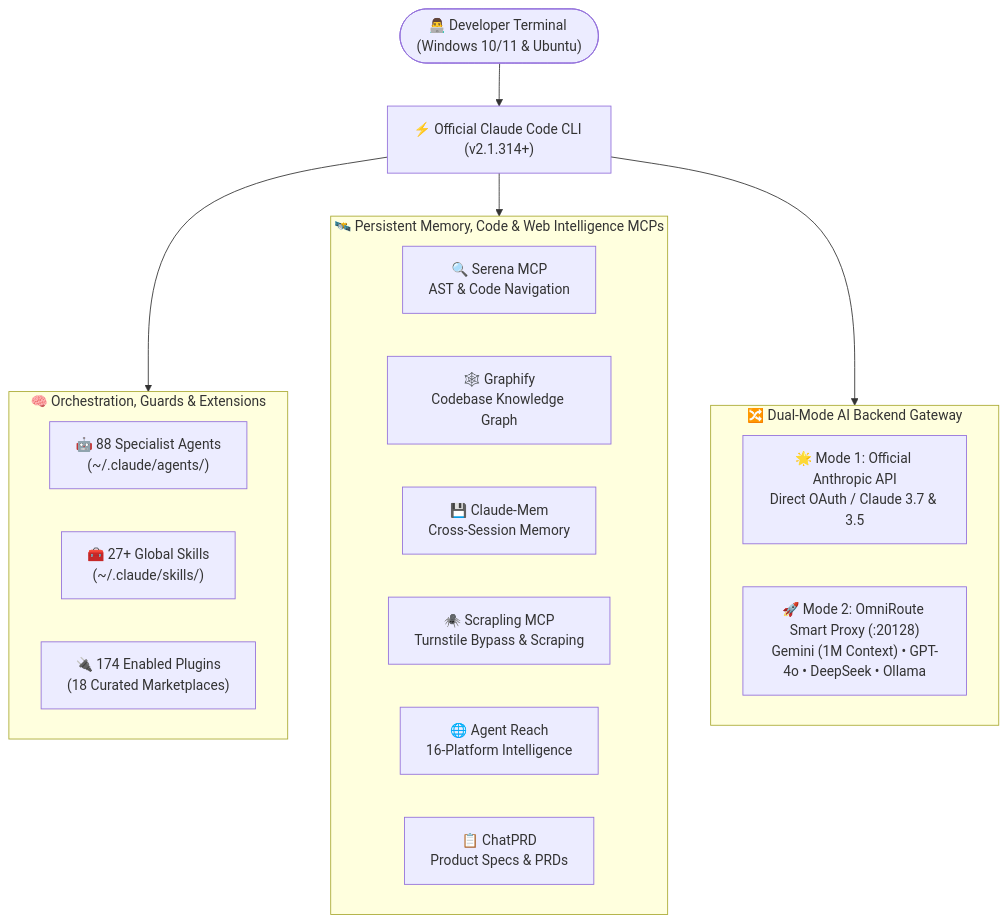
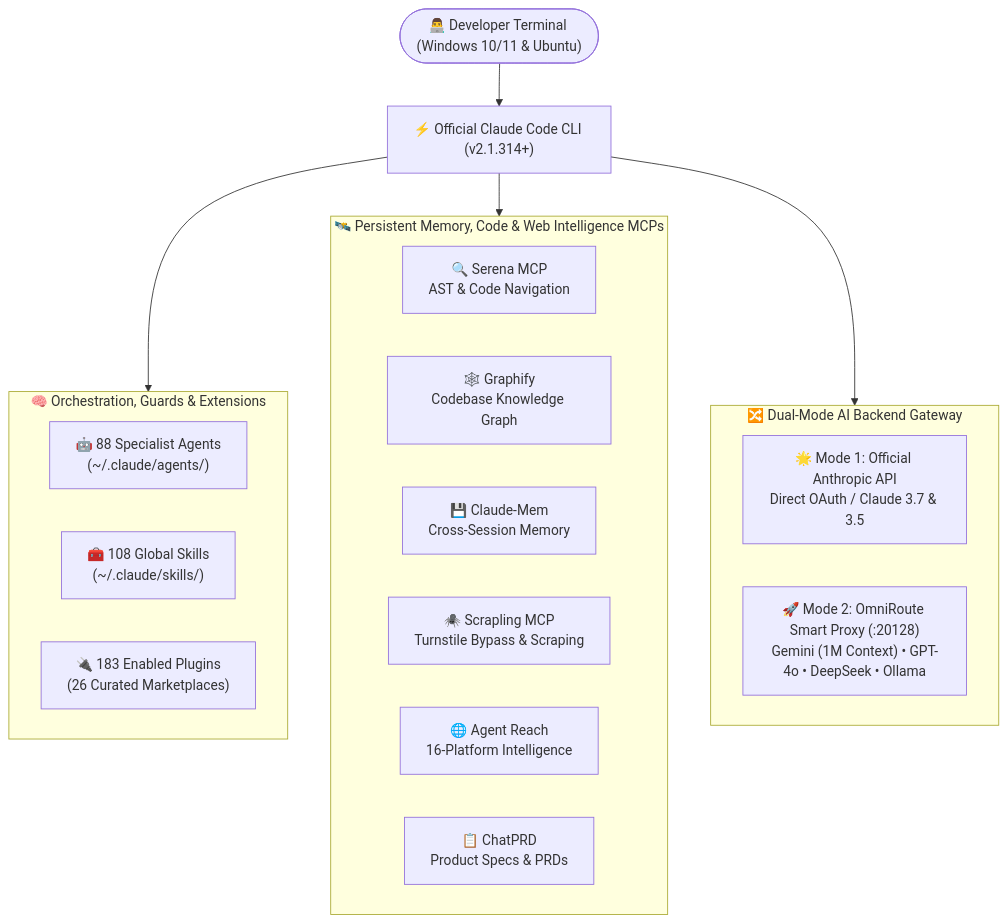
One commit to Moamen-R/extreme-claude changed the diagram in README.md. Above: the diagram before and after it, drawn with Mermaid. The commit also changed other lines of this file and 881 other files, not shown here.

Commit message:
feat: add 11 plugin marketplaces, enable plugins, deploy 82 global skills, and bump to v1.0.12

````diff
--- a/README.md
+++ b/README.md
@@ -43,31 +43,31 @@
 ```mermaid
 flowchart TB
     User(["👨‍💻 Developer Terminal (Windows 10/11 & Ubuntu)"]) --> CLI["⚡ Official Claude Code CLI (v2.1.314+)"]
 
     subgraph Core ["🧠 Orchestration, Guards & Extensions"]
         direction LR
         Agents["🤖 88 Specialist Agents\n(~/.claude/agents/)"]
-        Skills["🧰 27+ Global Skills\n(~/.claude/skills/)"]
-        Plugins["🔌 174 Enabled Plugins\n(18 Curated Marketplaces)"]
+        Skills["🧰 108 Global Skills\n(~/.claude/skills/)"]
+        Plugins["🔌 183 Enabled Plugins\n(26 Curated Marketplaces)"]
     end
 
     subgraph MCP ["🛰️ Persistent Memory, Code & Web Intelligence MCPs"]
         direction LR
         Serena["🔍 Serena MCP\nAST & Code Navigation"]
         Graphify["🕸️ Graphify\nCodebase Knowledge Graph"]
         ClaudeMem["💾 Claude-Mem\nCross-Session Memory"]
         Scrapling["🕷️ Scrapling MCP\nTurnstile Bypass & Scraping"]
         AgentReach["🌐 Agent Reach\n16-Platform Intelligence"]
         ChatPRD["📋 ChatPRD\nProduct Specs & PRDs"]
     end
 
     subgraph Backends ["🔀 Dual-Mode AI Backend Gateway"]
         direction LR
         Official["🌟 Mode 1: Official Anthropic API\nDirect OAuth / Claude 3.7 & 3.5"]
         OmniRoute["🚀 Mode 2: OmniRoute Smart Proxy (:20128)\nGemini (1M Context) • GPT-4o • DeepSeek • Ollama"]
     end
 
     CLI --> Core
     CLI --> MCP
     CLI --> Backends
 ```
````
